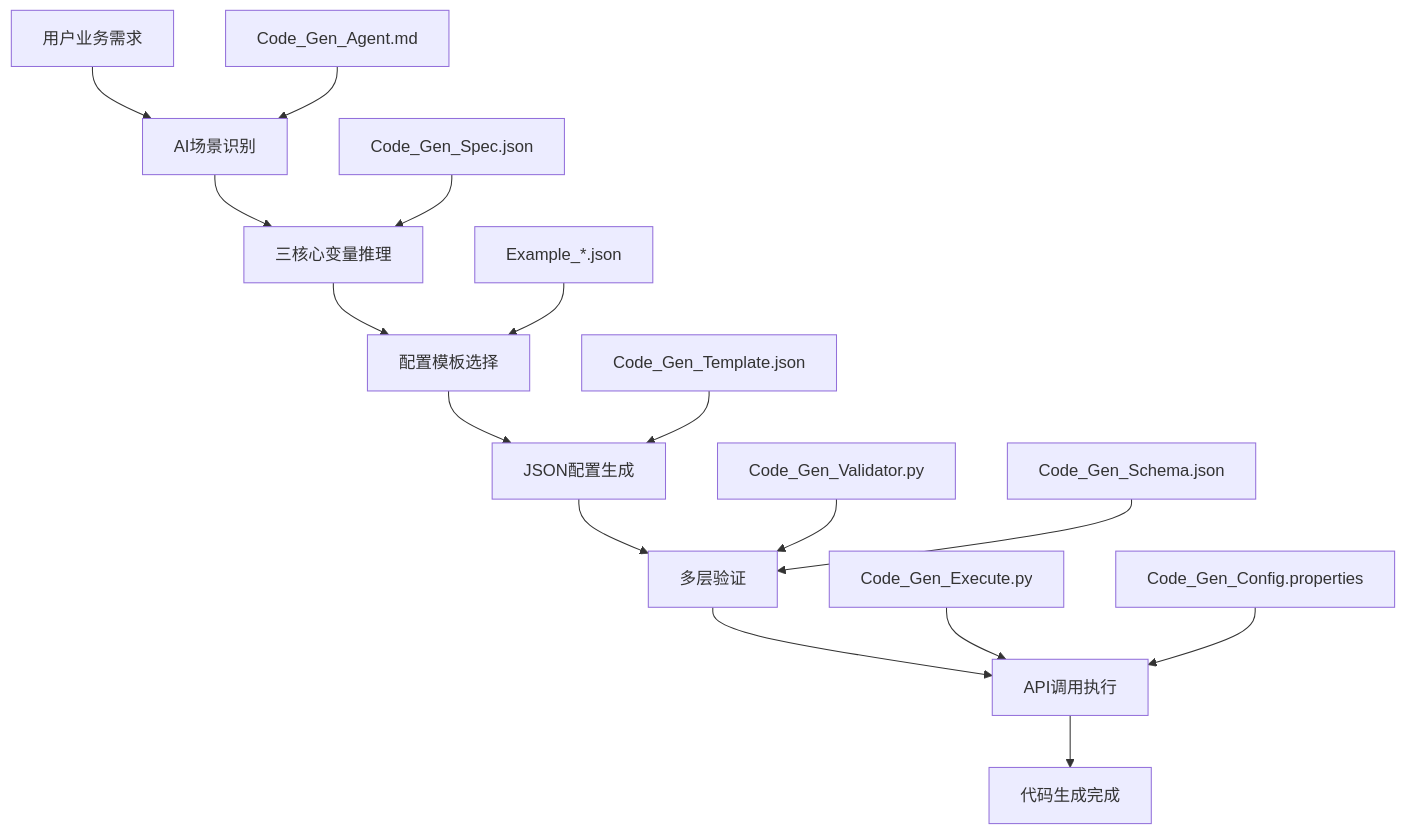
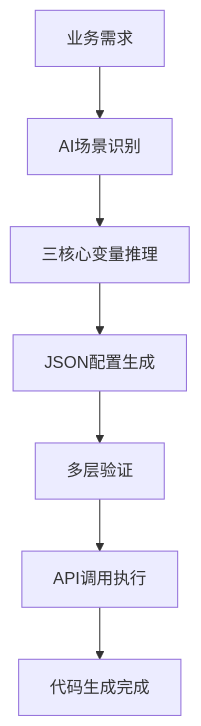
Before and after one commit to kyne0116/JeecgBoot: the diagram in CodeGen/README.md, drawn with Mermaid. The commit also changed other lines of this file and 9 other files, not shown here.

````diff
--- a/CodeGen/README.md
+++ b/CodeGen/README.md
@@ -160,19 +176,9 @@
 ```mermaid
 graph TD
-    A[用户业务需求] --> B[AI场景识别]
+    A[业务需求] --> B[AI场景识别]
     B --> C[三核心变量推理]
-    C --> D[配置模板选择]
-    D --> E[JSON配置生成]
-    E --> F[多层验证]
-    F --> G[API调用执行]
-    G --> H[代码生成完成]
-
-    B1[Code_Gen_Agent.md] --> B
-    C1[Code_Gen_Spec.json] --> C
-    D1[Example_*.json] --> D
-    E1[Code_Gen_Template.json] --> E
-    F1[Code_Gen_Validator.py] --> F
-    F2[Code_Gen_Schema.json] --> F
-    G1[Code_Gen_Execute.py] --> G
-    G2[Code_Gen_Config.properties] --> G
+    C --> D[JSON配置生成]
+    D --> E[多层验证]
+    E --> F[API调用执行]
+    F --> G[代码生成完成]
 ```
````
